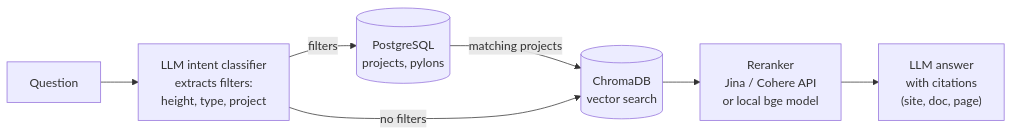
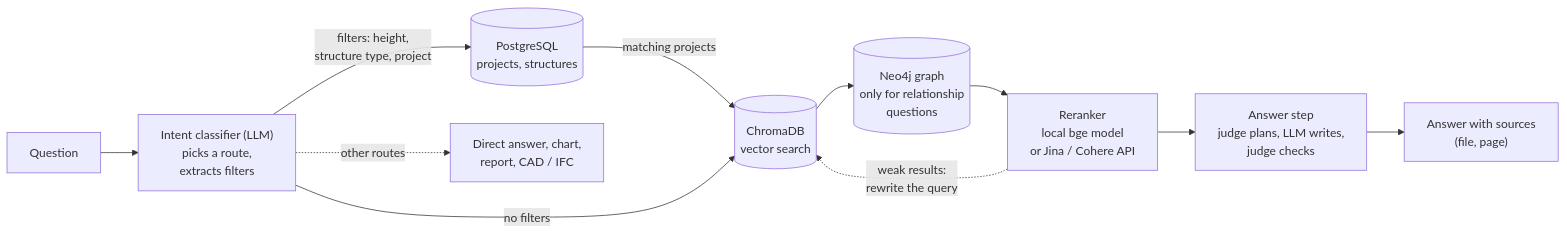
The diagram in README.md (adeilm/RAG-Q-A), drawn with Mermaid before and after one commit. The commit also changed other lines of this file, not shown here.

Commit message:
docs: update README to reflect project focus on construction instead of telecom pylons

````diff
--- a/README.md
+++ b/README.md
@@ -11,9 +17,13 @@
 ```mermaid
 flowchart LR
-    Q["Question"] --> C["LLM intent classifier<br/>extracts filters:<br/>height, type, project"]
-    C -->|filters| P[("PostgreSQL<br/>projects, pylons")]
-    P -->|matching projects| V[("ChromaDB<br/>vector search")]
-    C -->|no filters| V
-    V --> R["Reranker<br/>Jina / Cohere API<br/>or local bge model"]
-    R --> S["LLM answer<br/>with citations<br/>(site, doc, page)"]
+    Q["Question"] --> C["Intent classifier (LLM)<br/>picks a route,<br/>extracts filters"]
+    C -->|"filters: height,<br/>structure type, project"| P[("PostgreSQL<br/>projects, structures")]
+    P -->|"matching projects"| V[("ChromaDB<br/>vector search")]
+    C -->|"no filters"| V
+    V --> G[("Neo4j graph<br/>only for relationship<br/>questions")]
+    G --> R["Reranker<br/>local bge model<br/>or Jina / Cohere API"]
+    R -.->|"weak results:<br/>rewrite the query"| V
+    R --> J["Answer step<br/>judge plans, LLM writes,<br/>judge checks"]
+    J --> A["Answer with sources<br/>(file, page)"]
+    C -.->|"other routes"| O["Direct answer, chart,<br/>report, CAD / IFC"]
 ```
````
